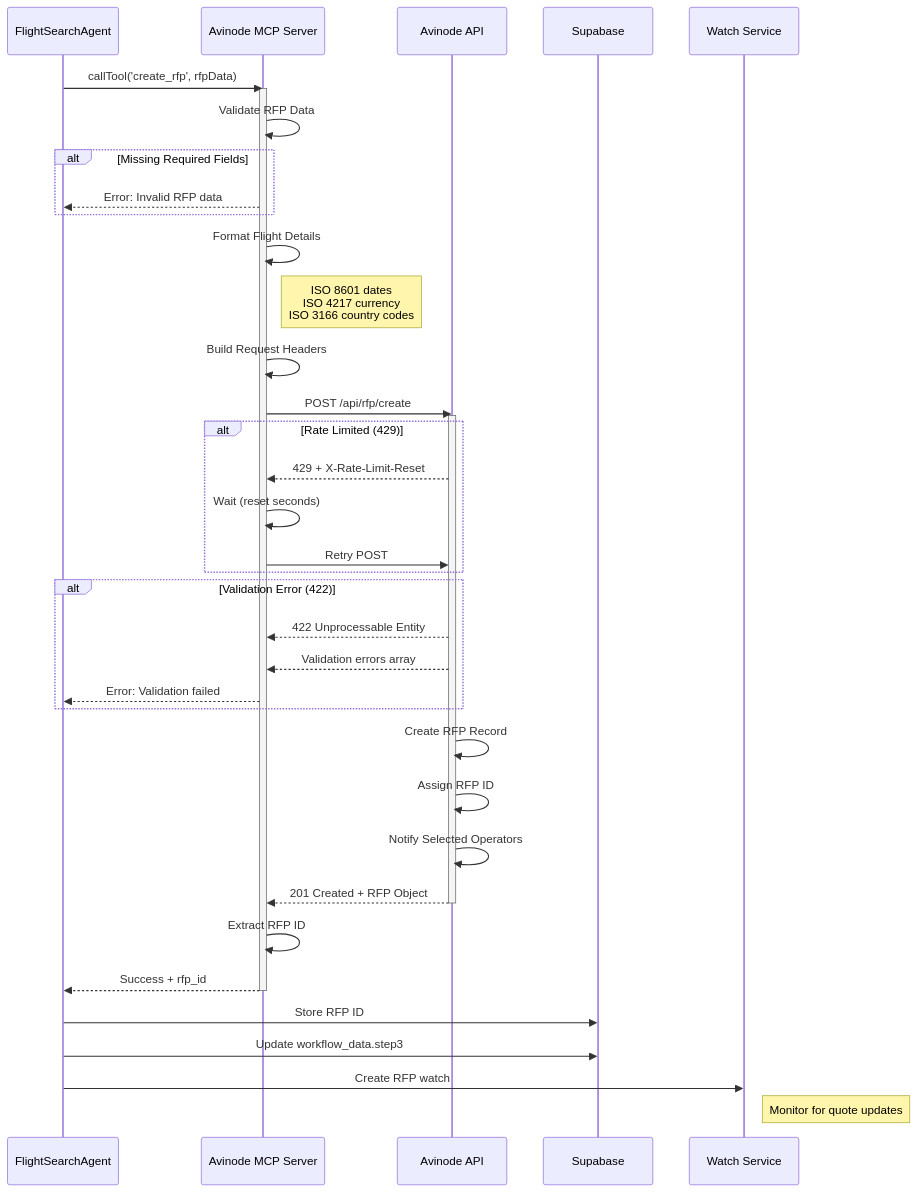
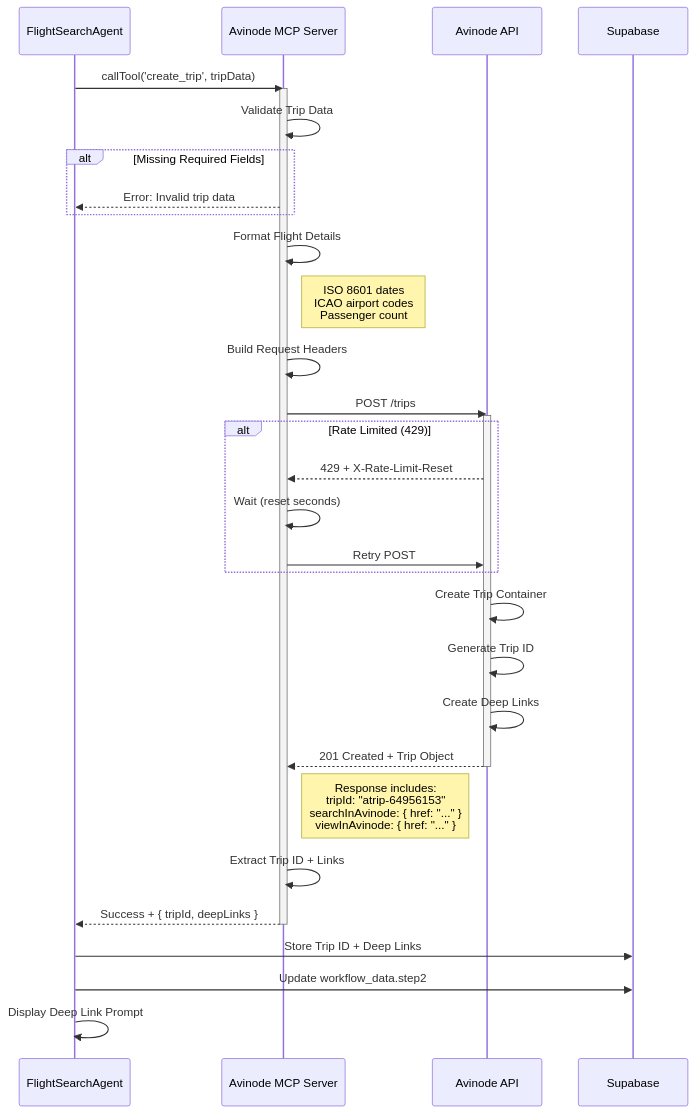
Before and after one commit to kingler/v0-jetvision-assistant: the second of 5 diagrams in docs/implementation/WORKFLOW-AVINODE-INTEGRATION.md, drawn with Mermaid. The commit also changed other lines of this file and 145 other files, not shown here.

First line of the commit message:
feat(avinode): complete MCP server tools and deep link workflow

````diff
--- a/docs/implementation/WORKFLOW-AVINODE-INTEGRATION.md
+++ b/docs/implementation/WORKFLOW-AVINODE-INTEGRATION.md
@@ -249,50 +360,44 @@
 ```mermaid
 sequenceDiagram
     participant Agent as FlightSearchAgent
     participant MCP as Avinode MCP Server
     participant API as Avinode API
     participant DB as Supabase
-    participant Watch as Watch Service
 
-    Agent->>MCP: callTool('create_rfp', rfpData)
+    Agent->>MCP: callTool('create_trip', tripData)
     activate MCP
 
-    MCP->>MCP: Validate RFP Data
+    MCP->>MCP: Validate Trip Data
     alt Missing Required Fields
-        MCP-->>Agent: Error: Invalid RFP data
+        MCP-->>Agent: Error: Invalid trip data
     end
 
     MCP->>MCP: Format Flight Details
-    Note right of MCP: ISO 8601 dates<br/>ISO 4217 currency<br/>ISO 3166 country codes
+    Note right of MCP: ISO 8601 dates<br/>ICAO airport codes<br/>Passenger count
 
     MCP->>MCP: Build Request Headers
-    MCP->>API: POST /api/rfp/create
+    MCP->>API: POST /trips
     activate API
 
     alt Rate Limited (429)
         API-->>MCP: 429 + X-Rate-Limit-Reset
         MCP->>MCP: Wait (reset seconds)
         MCP->>API: Retry POST
     end
 
-    alt Validation Error (422)
-        API-->>MCP: 422 Unprocessable Entity
-        API-->>MCP: Validation errors array
-        MCP-->>Agent: Error: Validation failed
-    end
-
-    API->>API: Create RFP Record
-    API->>API: Assign RFP ID
-    API->>API: Notify Selected Operators
-    API-->>MCP: 201 Created + RFP Object
+    API->>API: Create Trip Container
+    API->>API: Generate Trip ID
+    API->>API: Create Deep Links
+    API-->>MCP: 201 Created + Trip Object
     deactivate API
 
-    MCP->>MCP: Extract RFP ID
-    MCP-->>Agent: Success + rfp_id
+    Note right of MCP: Response includes:<br/>tripId: "atrip-64956153"<br/>searchInAvinode: { href: "..." }<br/>viewInAvinode: { href: "..." }
+
+    MCP->>MCP: Extract Trip ID + Links
+    MCP-->>Agent: Success + { tripId, deepLinks }
     deactivate MCP
 
-    Agent->>DB: Store RFP ID
-    Agent->>DB: Update workflow_data.step3
-    Agent->>Watch: Create RFP watch
-    Note right of Watch: Monitor for quote updates
+    Agent->>DB: Store Trip ID + Deep Links
+    Agent->>DB: Update workflow_data.step2
+    Agent->>Agent: Display Deep Link Prompt
 ```
````
